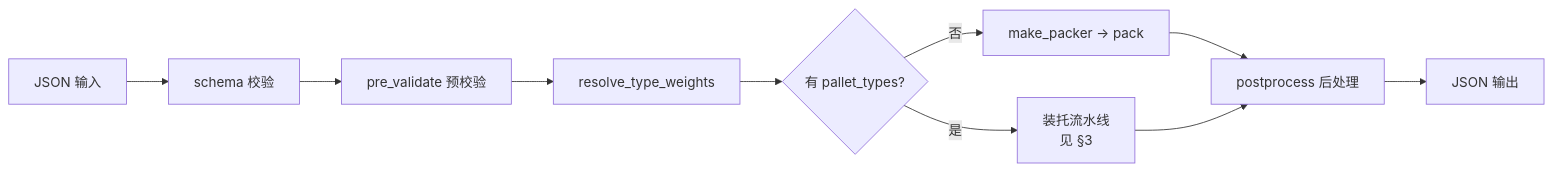
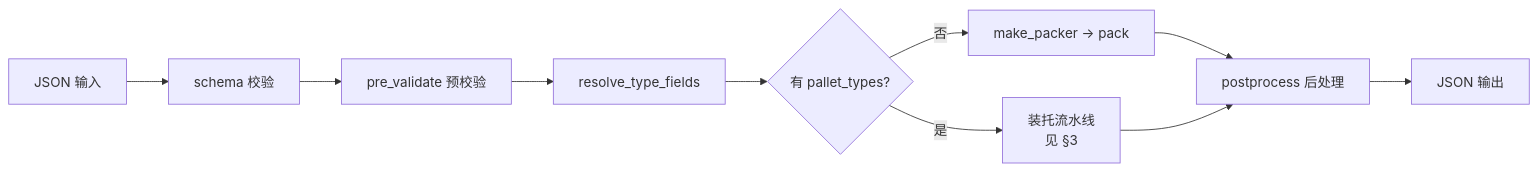
One commit to chen-qingyu/pack3d changed the first of 3 diagrams in docs/architecture.md. Above: the diagram before and after it, drawn with Mermaid. The commit also changed other lines of this file and 8 other files, not shown here.

````diff
--- a/docs/architecture.md
+++ b/docs/architecture.md
@@ -9,12 +9,12 @@
 ```mermaid
 flowchart LR
   A[JSON 输入] --> B[schema 校验]
   B --> C[pre_validate 预校验]
-  C --> D[resolve_type_weights]
+  C --> D[resolve_type_fields]
   D --> E{有 pallet_types?}
   E -->|否| F[make_packer -> pack]
   E -->|是| G[装托流水线<br/>见 §3]
   F --> H[postprocess 后处理]
   G --> H
   H --> I[JSON 输出]
 ```
````
